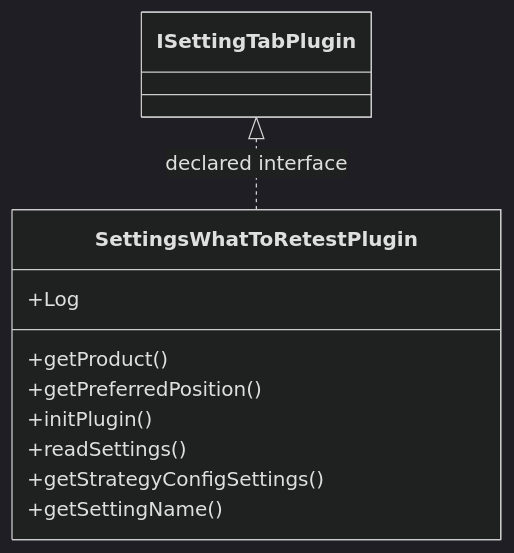
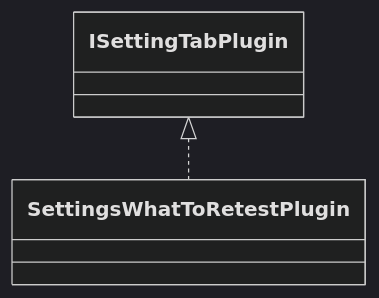
One commit to haruperi/HaruQuantAI changed the diagram in docs/sqx/Shared/SettingsWhatToRetest.md. Above: the diagram before and after it, drawn with Mermaid (dark theme). The commit also changed other lines of this file and 1688 other files, not shown here.

````diff
--- a/docs/sqx/Shared/SettingsWhatToRetest.md
+++ b/docs/sqx/Shared/SettingsWhatToRetest.md
@@ -30,14 +26,6 @@
 ```mermaid
 classDiagram
-    class C8026da039149["SettingsWhatToRetestPlugin"] {
-        +Log
-        +getProduct()
-        +getPreferredPosition()
-        +initPlugin()
-        +readSettings()
-        +getStrategyConfigSettings()
-        +getSettingName()
-    }
-    class C27734eb41505["ISettingTabPlugin"]
-    C27734eb41505 <|.. C8026da039149 : declared interface
+    class C0["SettingsWhatToRetestPlugin"]
+    class E0["ISettingTabPlugin"]
+    E0 <|.. C0
 ```
````
